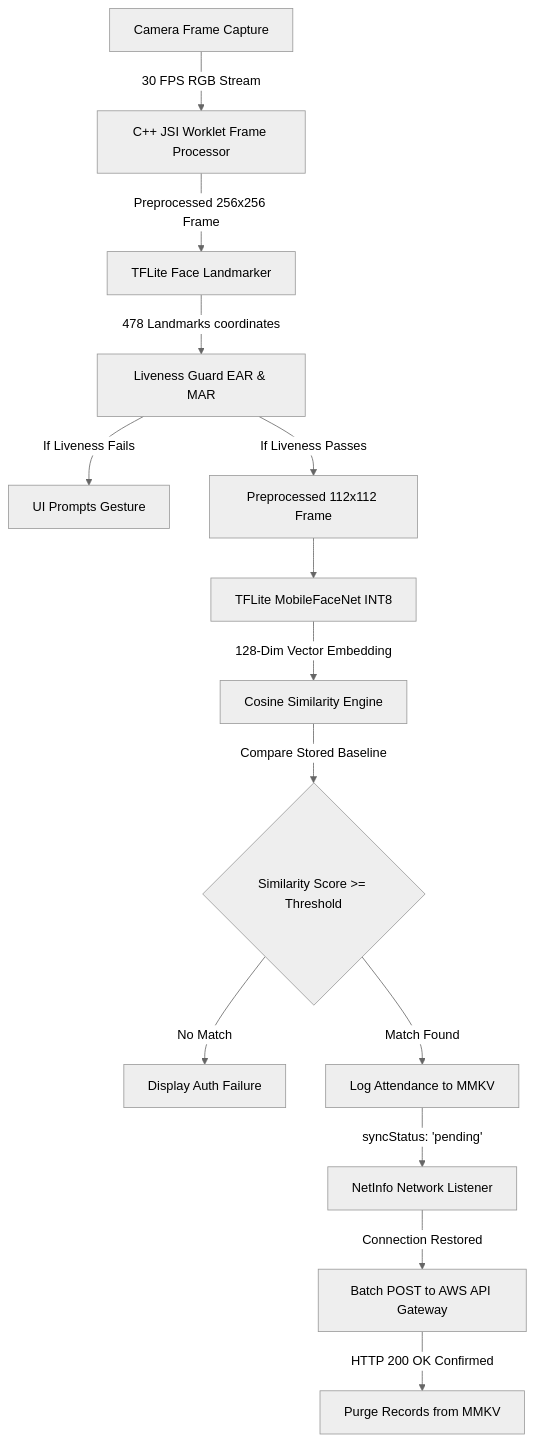
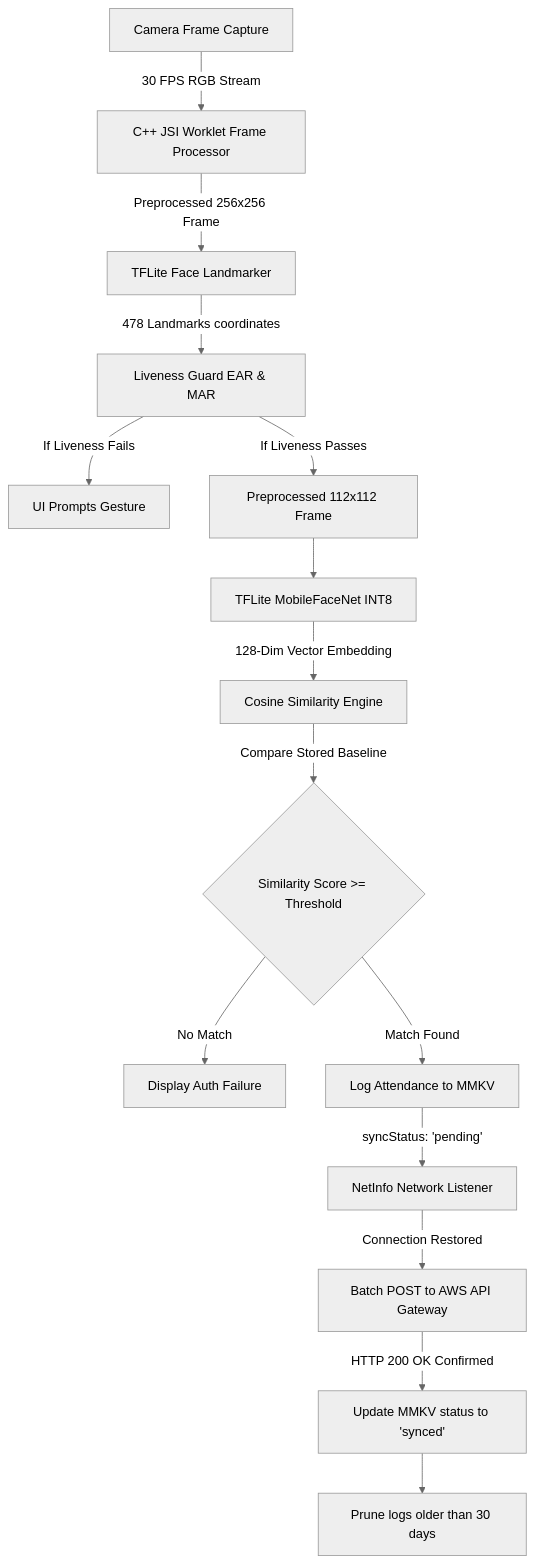
One commit to BinaryCoder3012/ATMOS changed the diagram in CONTRIBUTING.md. Above: the diagram before and after it, drawn with Mermaid (neutral theme). The commit also changed other lines of this file and 1 other file, not shown here.

Commit message:
docs(architecture): correct file directory paths and update flowchart diagrams

````diff
--- a/CONTRIBUTING.md
+++ b/CONTRIBUTING.md
@@ -11,16 +11,17 @@
 ```mermaid
 graph TD
     A[Camera Frame Capture] -->|30 FPS RGB Stream| B[C++ JSI Worklet Frame Processor]
     B -->|Preprocessed 256x256 Frame| C[TFLite Face Landmarker]
     C -->|478 Landmarks coordinates| D[Liveness Guard EAR & MAR]
     D -->|If Liveness Fails| E[UI Prompts Gesture]
     D -->|If Liveness Passes| F[Preprocessed 112x112 Frame]
     F --> G[TFLite MobileFaceNet INT8]
     G -->|128-Dim Vector Embedding| H[Cosine Similarity Engine]
     H -->|Compare Stored Baseline| I{Similarity Score >= Threshold}
     I -->|No Match| J[Display Auth Failure]
     I -->|Match Found| K[Log Attendance to MMKV]
     K -->|syncStatus: 'pending'| L[NetInfo Network Listener]
     L -->|Connection Restored| M[Batch POST to AWS API Gateway]
-    M -->|HTTP 200 OK Confirmed| N[Purge Records from MMKV]
+    M -->|HTTP 200 OK Confirmed| N[Update MMKV status to 'synced']
+    N --> O[Prune logs older than 30 days]
 ```
````
